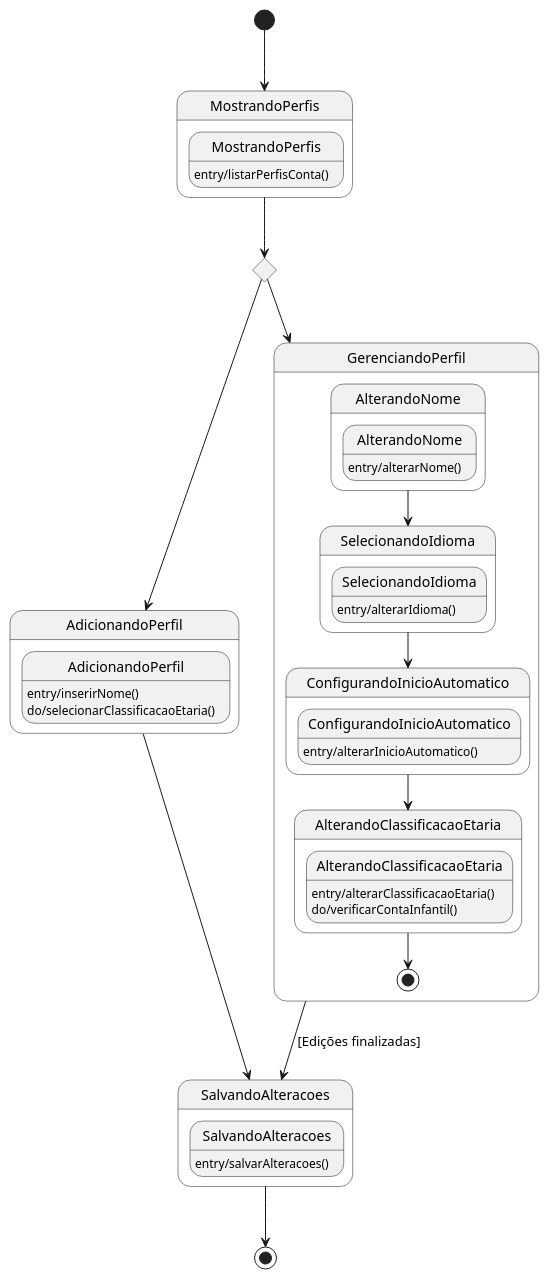
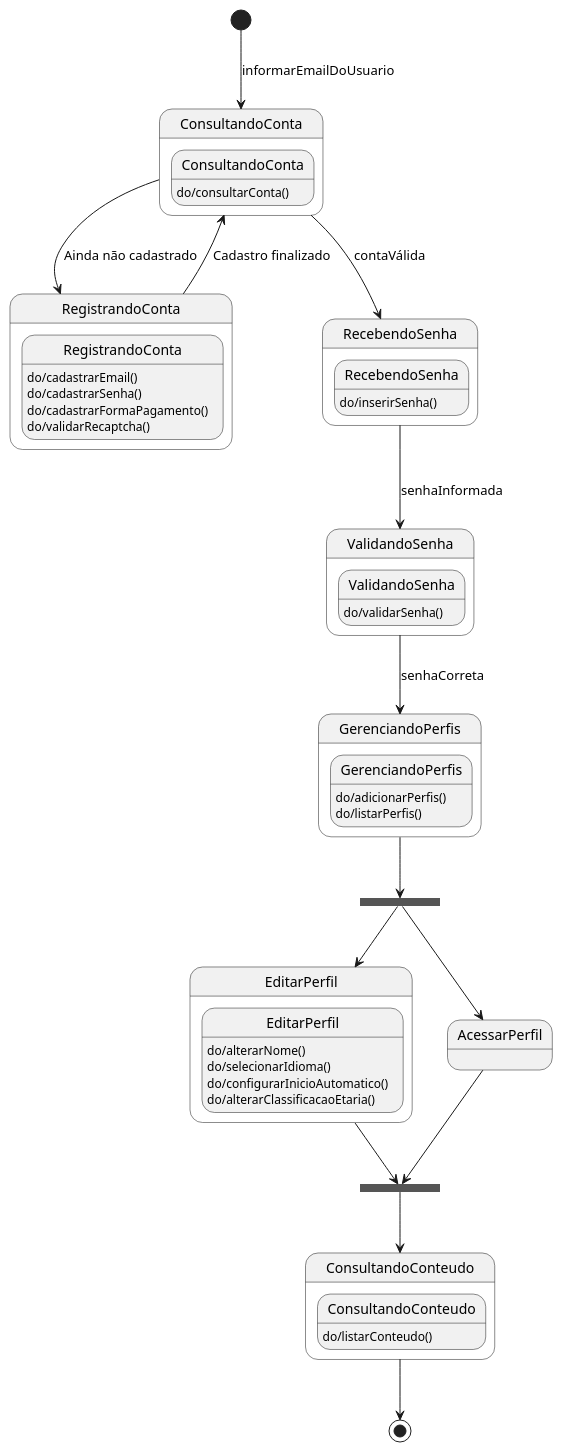
One commit to kvojps/estudo-uml changed the diagram in netflix/D-Estados/GerenciarPerfil.puml. Above: the diagram before and after it, drawn with PlantUML. The commit also changed 2 other files, not shown here.

Commit message:
ajustando diagramas

```diff
--- a/netflix/D-Estados/GerenciarPerfil.puml
+++ b/netflix/D-Estados/GerenciarPerfil.puml
@@ -1,49 +1,64 @@
 @startuml GerenciarPerfis
+state fork1 <<fork>>
+state join2 <<join>>
 
-[*] --> MostrandoPerfis
+[*] --> ConsultandoConta : informarEmailDoUsuario
 
-state MostrandoPerfis {
-    state MostrandoPerfis : entry/listarPerfisConta()
+state ConsultandoConta {
+    state ConsultandoConta : do/consultarConta()
 }
 
-state AdicionandoPerfil {
-    state AdicionandoPerfil : entry/inserirNome()
-    state AdicionandoPerfil : do/selecionarClassificacaoEtaria()
+state RegistrandoConta {
+    state RegistrandoConta : do/cadastrarEmail()
+    state RegistrandoConta : do/cadastrarSenha()
+    state RegistrandoConta : do/cadastrarFormaPagamento()
+    state RegistrandoConta : do/validarRecaptcha()
 }
 
-state decisao <<choice>>
-MostrandoPerfis --> decisao
-decisao --> AdicionandoPerfil 
-decisao --> GerenciandoPerfil
-AdicionandoPerfil --> SalvandoAlteracoes
+ConsultandoConta --> RegistrandoConta : Ainda não cadastrado
+RegistrandoConta --> ConsultandoConta : Cadastro finalizado
 
-state GerenciandoPerfil {
-    state AlterandoNome{
-        state AlterandoNome : entry/alterarNome()
-    }
-    state SelecionandoIdioma{
-        state SelecionandoIdioma : entry/alterarIdioma()
-    }
-    state ConfigurandoInicioAutomatico{
-        state ConfigurandoInicioAutomatico : entry/alterarInicioAutomatico()
-    }
-    state AlterandoClassificacaoEtaria {
-        state AlterandoClassificacaoEtaria : entry/alterarClassificacaoEtaria()
-        state AlterandoClassificacaoEtaria : do/verificarContaInfantil()
-    }
+ConsultandoConta --> RecebendoSenha : contaVálida
 
-    AlterandoNome --> SelecionandoIdioma
-    SelecionandoIdioma --> ConfigurandoInicioAutomatico
-    ConfigurandoInicioAutomatico --> AlterandoClassificacaoEtaria
-    AlterandoClassificacaoEtaria--> [*]
+state RecebendoSenha {
+    state RecebendoSenha : do/inserirSenha()
 }
 
-GerenciandoPerfil --> SalvandoAlteracoes : [Edições finalizadas]
+RecebendoSenha --> ValidandoSenha : senhaInformada
 
-state SalvandoAlteracoes {
-    state SalvandoAlteracoes : entry/salvarAlteracoes()
+state ValidandoSenha {
+    state ValidandoSenha : do/validarSenha()
 }
 
-SalvandoAlteracoes --> [*]
+ValidandoSenha --> GerenciandoPerfis : senhaCorreta
+
+state GerenciandoPerfis {
+    state GerenciandoPerfis : do/adicionarPerfis()
+    state GerenciandoPerfis : do/listarPerfis()
+}
+
+state EditarPerfil {
+    state EditarPerfil : do/alterarNome()
+    state EditarPerfil : do/selecionarIdioma()
+    state EditarPerfil : do/configurarInicioAutomatico()
+    state EditarPerfil : do/alterarClassificacaoEtaria()
+}
+
+state AcessarPerfil {
+
+}
+
+GerenciandoPerfis --> fork1
+fork1 --> EditarPerfil
+fork1 --> AcessarPerfil
+EditarPerfil --> join2
+AcessarPerfil --> join2
+join2 --> ConsultandoConteudo
+
+state ConsultandoConteudo {
+    state ConsultandoConteudo : do/listarConteudo()
+}
+
+ConsultandoConteudo --> [*]
 
 @enduml
```
